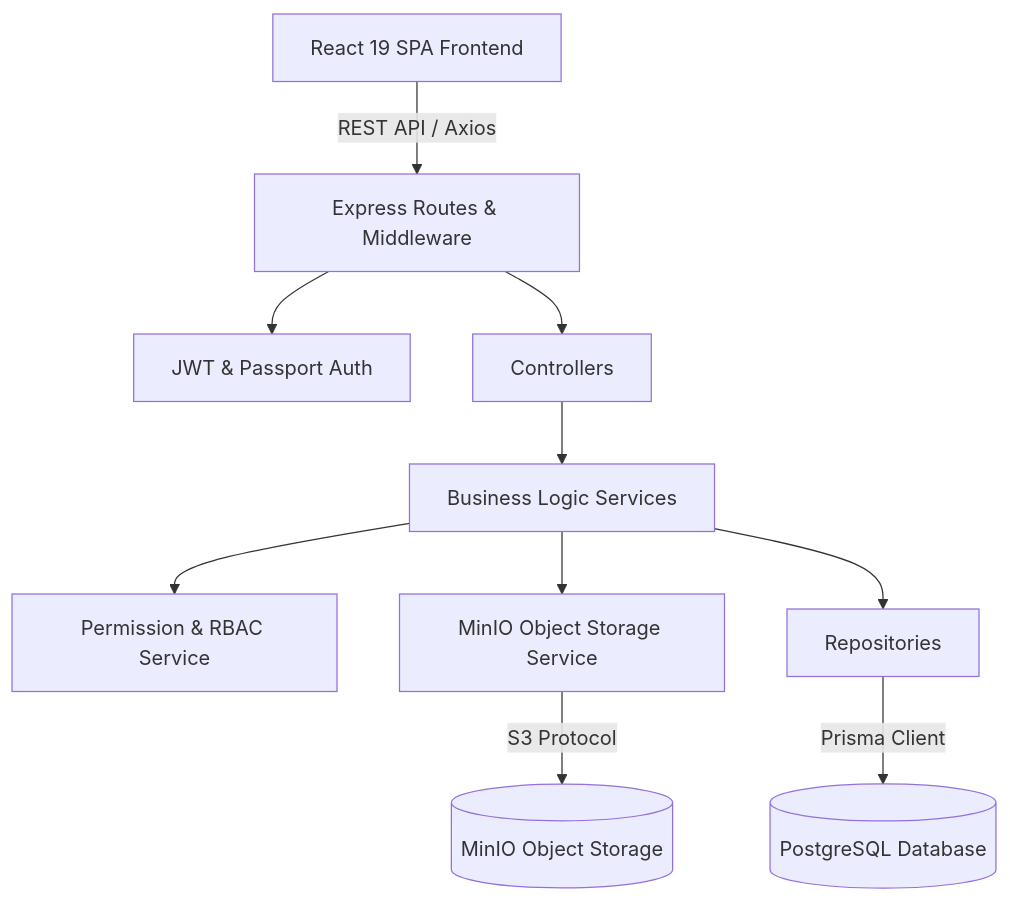
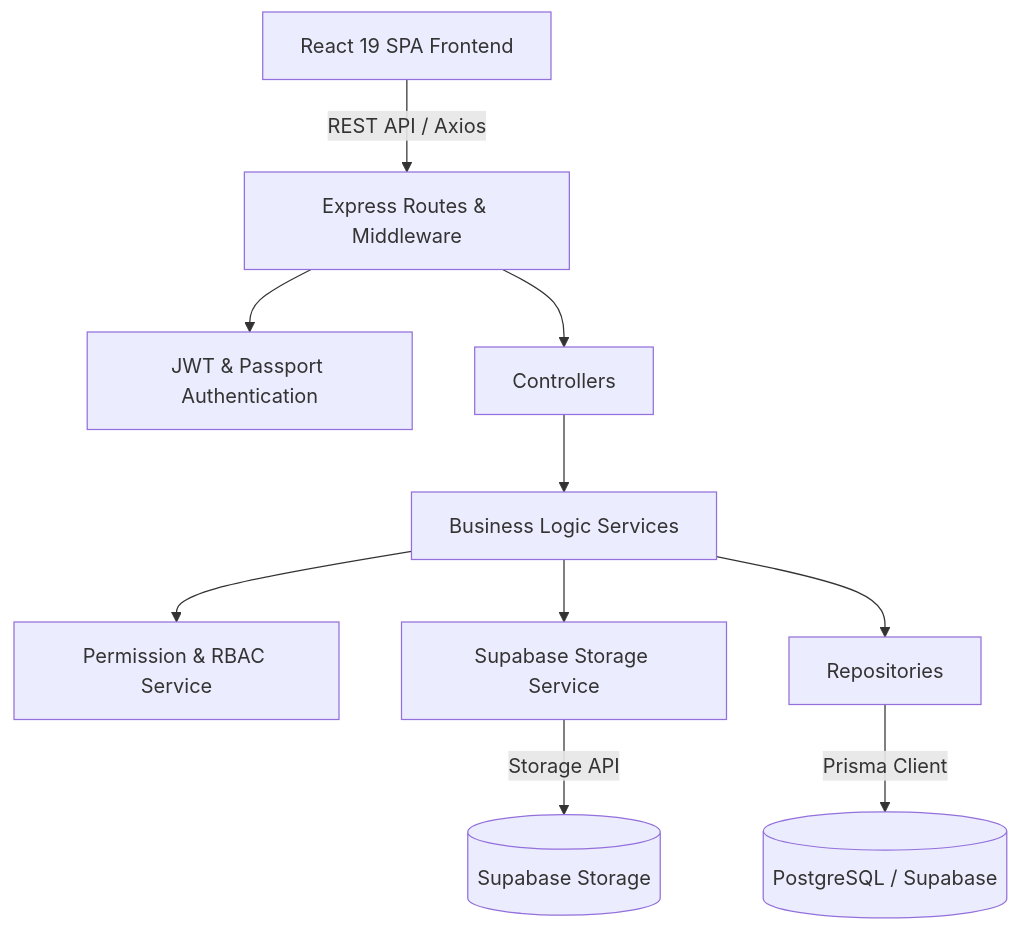
Before and after one commit to ashu670/CloudBox: the first of 2 diagrams in README.md, drawn with Mermaid. The commit also changed other lines of this file, not shown here.

````diff
--- a/README.md
+++ b/README.md
@@ -55,12 +118,21 @@
 ```mermaid
 graph TD
+
     Client[React 19 SPA Frontend] -->|REST API / Axios| Routes[Express Routes & Middleware]
-    Routes --> Auth[JWT & Passport Auth]
+
+    Routes --> Auth[JWT & Passport Authentication]
+
     Routes --> Controller[Controllers]
+
     Controller --> Service[Business Logic Services]
+
     Service --> PermService[Permission & RBAC Service]
-    Service --> Storage[MinIO Object Storage Service]
+
+    Service --> Storage[Supabase Storage Service]
+
     Service --> Repository[Repositories]
-    Repository -->|Prisma Client| DB[(PostgreSQL Database)]
-    Storage -->|S3 Protocol| MinIO[(MinIO Object Storage)]
+
+    Repository -->|Prisma Client| DB[(PostgreSQL / Supabase)]
+
+    Storage -->|Storage API| Supabase[(Supabase Storage)]
 ```
````
